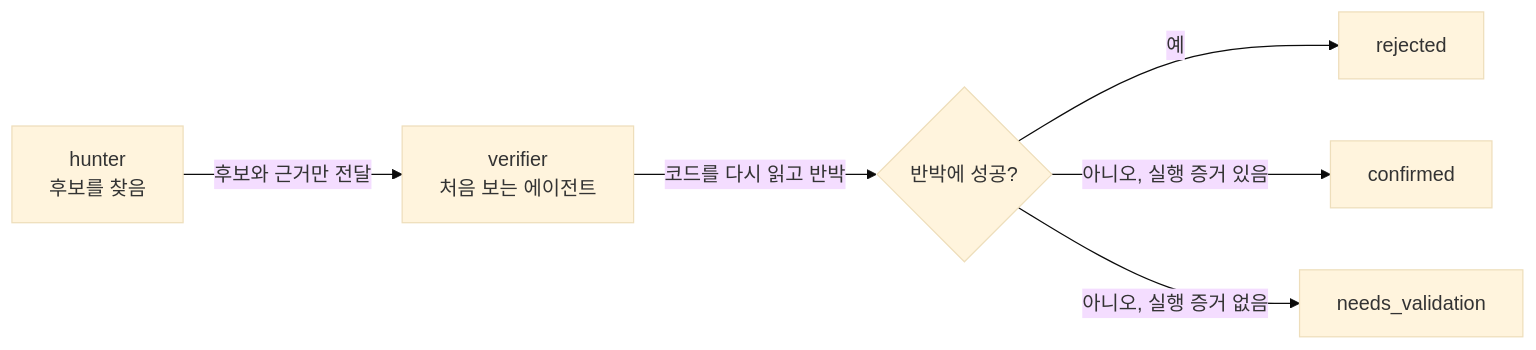
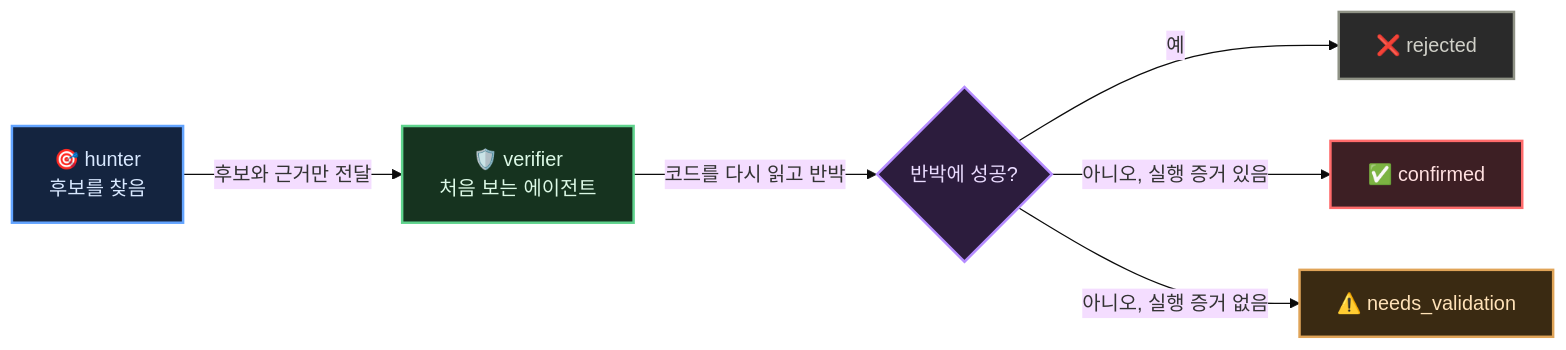
One commit to dltmddyd321/dltmddyd321.github.io changed the second of 3 diagrams in src/content/posts/cloudflare-security-audit-skill.md. Above: the diagram before and after it, drawn with Mermaid (base theme). The commit also changed other lines of this file, not shown here.

Commit message:
post: security-audit-skill 다이어그램에 역할별 색상과 아이콘 추가

````diff
--- a/src/content/posts/cloudflare-security-audit-skill.md
+++ b/src/content/posts/cloudflare-security-audit-skill.md
@@ -80,8 +97,21 @@
 ```mermaid
 flowchart LR
-    H[hunter<br/>후보를 찾음] -->|후보와 근거만 전달| V[verifier<br/>처음 보는 에이전트]
-    V -->|코드를 다시 읽고 반박| D{반박에 성공?}
-    D -->|예| X[rejected]
-    D -->|아니오, 실행 증거 있음| OK[confirmed]
-    D -->|아니오, 실행 증거 없음| NV[needs_validation]
+    H["🎯 hunter<br/>후보를 찾음"] -->|후보와 근거만 전달| V["🛡️ verifier<br/>처음 보는 에이전트"]
+    V -->|코드를 다시 읽고 반박| D{"반박에 성공?"}
+    D -->|예| X["❌ rejected"]
+    D -->|아니오, 실행 증거 있음| OK["✅ confirmed"]
+    D -->|아니오, 실행 증거 없음| NV["⚠️ needs_validation"]
+
+    classDef hunter fill:#14243f,stroke:#63a4ff,stroke-width:2px,color:#d8e8ff
+    classDef verify fill:#16331f,stroke:#5fd38d,stroke-width:2px,color:#dcf9e6
+    classDef decide fill:#2c1c3d,stroke:#b58cff,stroke-width:2px,color:#eadcff
+    classDef bad fill:#2a2a2a,stroke:#8f9285,stroke-width:2px,color:#d0d0c8
+    classDef good fill:#3d1f24,stroke:#ff6b6b,stroke-width:2px,color:#ffe0e0
+    classDef warn fill:#3a2a12,stroke:#e0a458,stroke-width:2px,color:#ffe2b8
+    class H hunter
+    class V verify
+    class D decide
+    class X bad
+    class OK good
+    class NV warn
 ```
````
